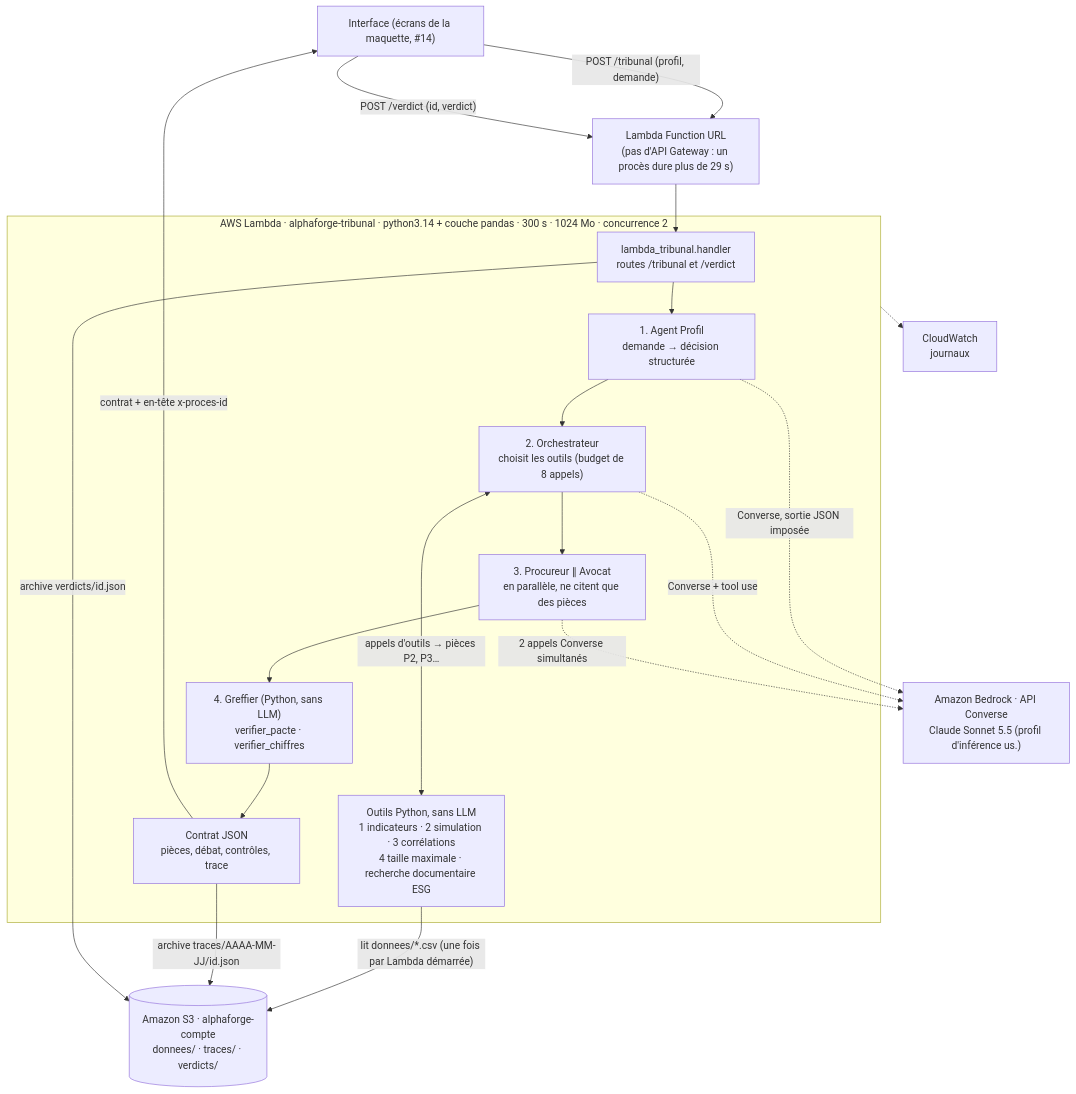
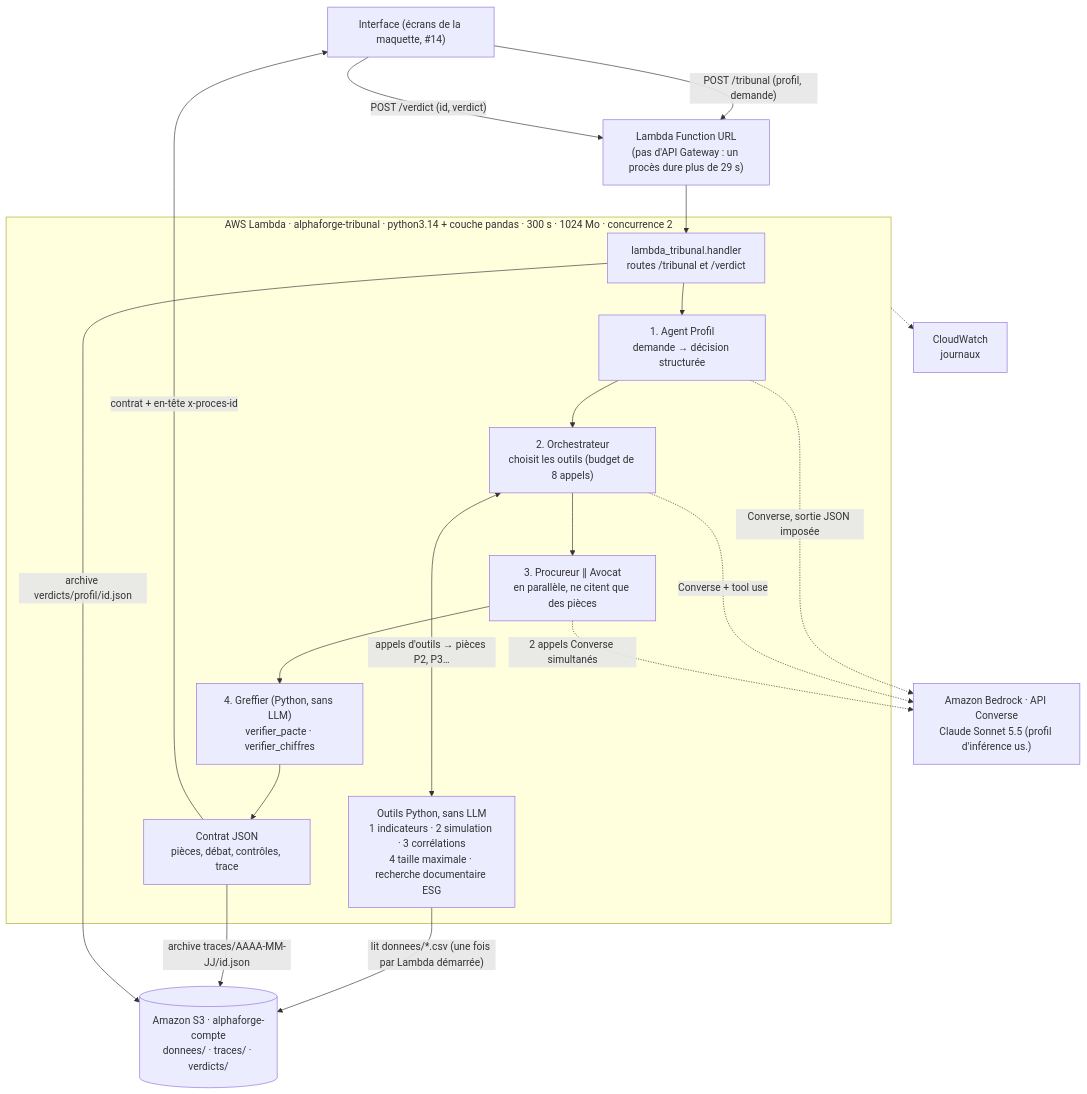
Before and after one commit to yanisbenboudaoud/Astree: the diagram in docs/architecture.md, drawn with Mermaid. The commit also changed other lines of this file and 11 other files, not shown here.

````diff
--- a/docs/architecture.md
+++ b/docs/architecture.md
@@ -5,36 +5,36 @@
 ```mermaid
 flowchart TB
     UI["Interface (écrans de la maquette, #14)"]
     URL["Lambda Function URL<br/>(pas d'API Gateway : un procès dure plus de 29 s)"]
 
     subgraph LAMBDA["AWS Lambda · alphaforge-tribunal · python3.14 + couche pandas · 300 s · 1024 Mo · concurrence 2"]
         H["lambda_tribunal.handler<br/>routes /tribunal et /verdict"]
         P1["1. Agent Profil<br/>demande → décision structurée"]
         P2["2. Orchestrateur<br/>choisit les outils (budget de 8 appels)"]
         OUT["Outils Python, sans LLM<br/>1 indicateurs · 2 simulation · 3 corrélations<br/>4 taille maximale · recherche documentaire ESG"]
         P3["3. Procureur ∥ Avocat<br/>en parallèle, ne citent que des pièces"]
         P4["4. Greffier (Python, sans LLM)<br/>verifier_pacte · verifier_chiffres"]
         C["Contrat JSON<br/>pièces, débat, contrôles, trace"]
         H --> P1 --> P2
         P2 <-->|"appels d'outils → pièces P2, P3…"| OUT
         P2 --> P3 --> P4 --> C
     end
 
     BR["Amazon Bedrock · API Converse<br/>Claude Sonnet 5.5 (profil d'inférence us.)"]
     S3[("Amazon S3 · alphaforge-compte<br/>donnees/ · traces/ · verdicts/")]
     CW["CloudWatch<br/>journaux"]
 
     UI -->|"POST /tribunal (profil, demande)"| URL
     UI -->|"POST /verdict (id, verdict)"| URL
     URL --> H
     C -->|"contrat + en-tête x-proces-id"| UI
 
     P1 -.->|"Converse, sortie JSON imposée"| BR
     P2 -.->|"Converse + tool use"| BR
     P3 -.->|"2 appels Converse simultanés"| BR
 
     OUT -->|"lit donnees/*.csv (une fois par Lambda démarrée)"| S3
     C -->|"archive traces/AAAA-MM-JJ/id.json"| S3
-    H -->|"archive verdicts/id.json"| S3
+    H -->|"archive verdicts/profil/id.json"| S3
     LAMBDA -.-> CW
 ```
````
